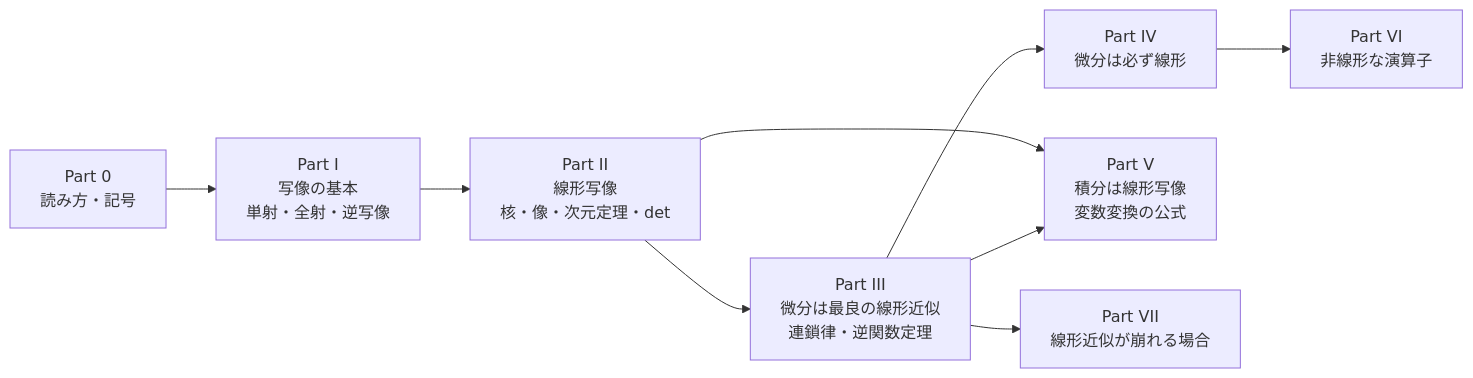
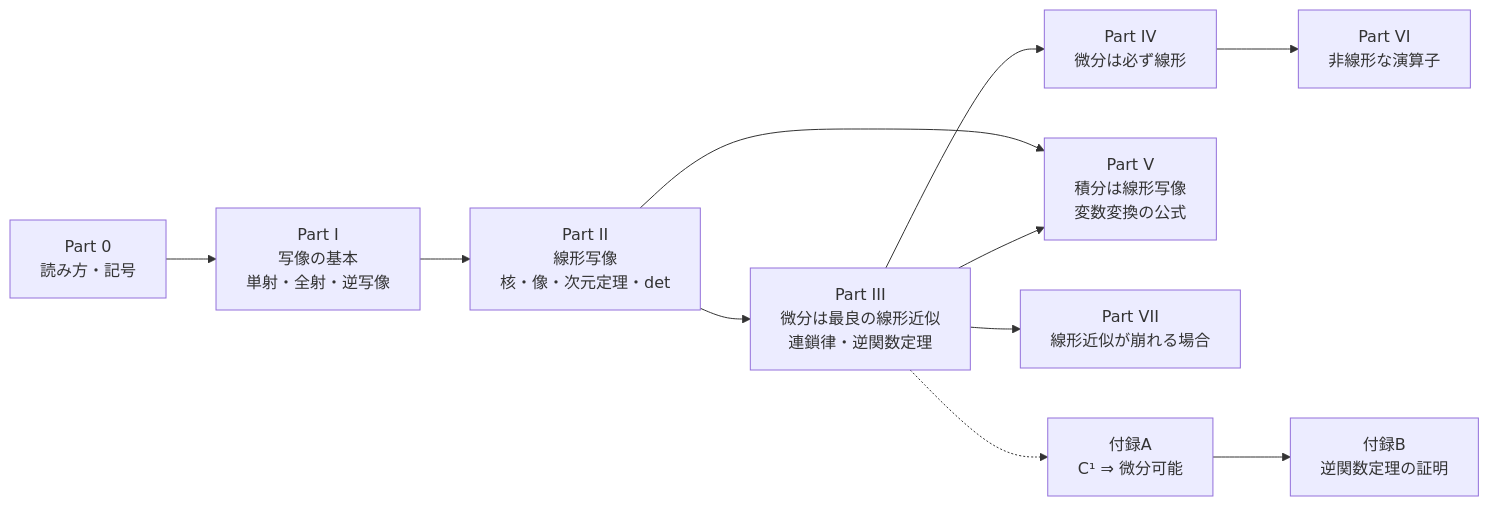
The diagram in 研究ノート/01_基礎・ベクトル解析/functions_linear_maps_derivatives_integrals.md (kazuma0606/quantum-study), drawn with Mermaid before and after one commit. The commit also changed other lines of this file and 1 other file, not shown here.

````diff
--- a/研究ノート/01_基礎・ベクトル解析/functions_linear_maps_derivatives_integrals.md
+++ b/研究ノート/01_基礎・ベクトル解析/functions_linear_maps_derivatives_integrals.md
@@ -104,17 +117,20 @@
 ```mermaid
 flowchart LR
     P0["Part 0<br/>読み方・記号"]
     P1["Part I<br/>写像の基本<br/>単射・全射・逆写像"]
     P2["Part II<br/>線形写像<br/>核・像・次元定理・det"]
     P3["Part III<br/>微分は最良の線形近似<br/>連鎖律・逆関数定理"]
     P4["Part IV<br/>微分は必ず線形"]
     P5["Part V<br/>積分は線形写像<br/>変数変換の公式"]
     P6["Part VI<br/>非線形な演算子"]
     P7["Part VII<br/>線形近似が崩れる場合"]
 
     P0 --> P1 --> P2 --> P3 --> P4
     P2 --> P5
     P3 --> P5
     P4 --> P6
     P3 --> P7
+    A["付録A<br/>C¹ ⇒ 微分可能"]
+    B["付録B<br/>逆関数定理の証明"]
+    P3 -.-> A --> B
 ```
````
